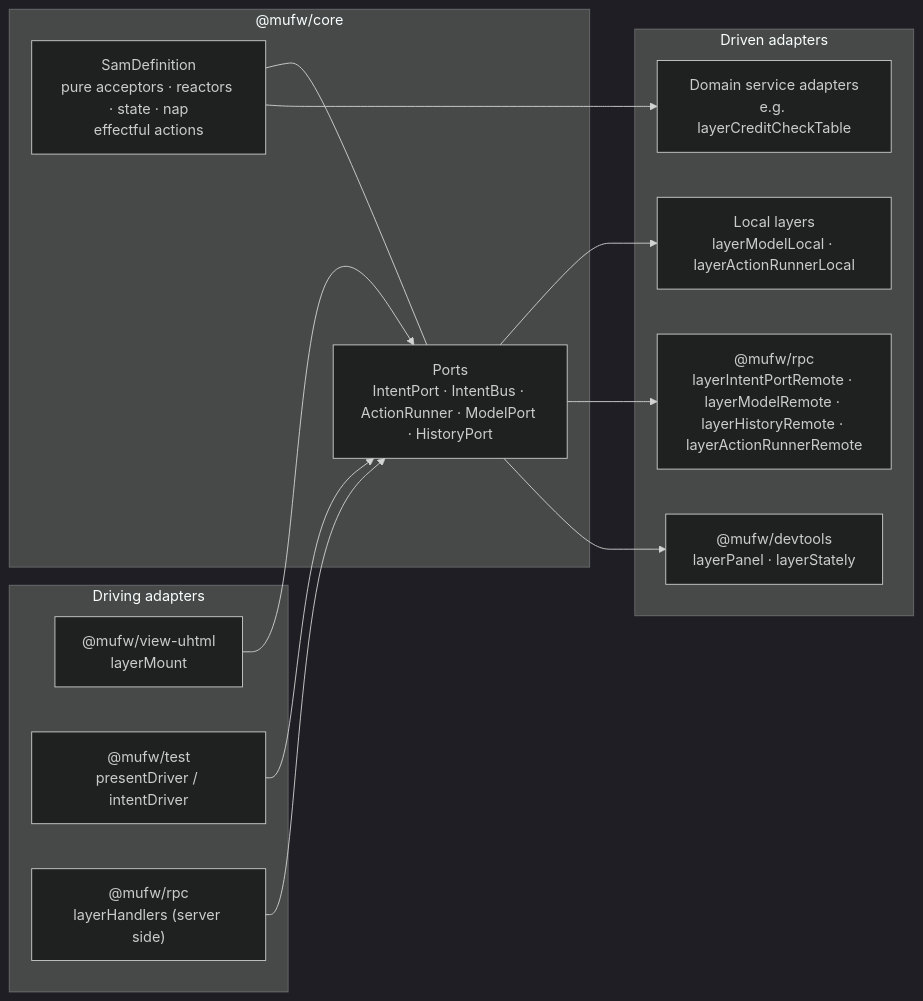
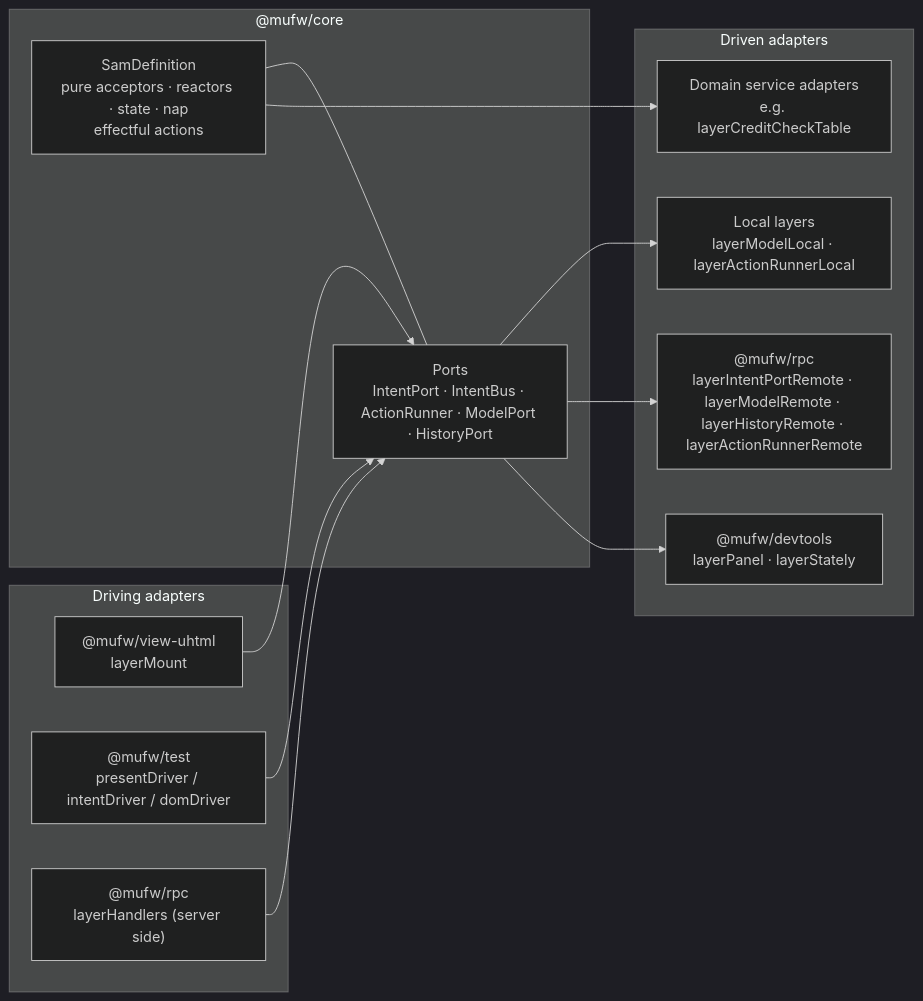
The first of 2 diagrams in docs/ARCHITECTURE.md (Trebh/microfw), drawn with Mermaid (dark theme) before and after one commit. The commit also changed 18 other files, not shown here.

First line of the commit message:
Add a DOM driver to @mufw/test and reorient the roadmap

````diff
--- a/docs/ARCHITECTURE.md
+++ b/docs/ARCHITECTURE.md
@@ -14,26 +14,26 @@
 ```mermaid
 flowchart LR
   subgraph Driving adapters
     View["@mufw/view-uhtml<br/>layerMount"]
-    Drivers["@mufw/test<br/>presentDriver / intentDriver"]
+    Drivers["@mufw/test<br/>presentDriver / intentDriver / domDriver"]
     Handlers["@mufw/rpc<br/>layerHandlers (server side)"]
   end
   subgraph Core["@mufw/core"]
     Def["SamDefinition<br/>pure acceptors · reactors · state · nap<br/>effectful actions"]
     Ports["Ports<br/>IntentPort · IntentBus · ActionRunner · ModelPort · HistoryPort"]
     Def --- Ports
   end
   subgraph Driven adapters
     Local["Local layers<br/>layerModelLocal · layerActionRunnerLocal"]
     Remote["@mufw/rpc<br/>layerIntentPortRemote · layerModelRemote · layerHistoryRemote · layerActionRunnerRemote"]
     Domain["Domain service adapters<br/>e.g. layerCreditCheckTable"]
     Devtools["@mufw/devtools<br/>layerPanel · layerStately"]
   end
   View --> Ports
   Drivers --> Ports
   Handlers --> Ports
   Ports --> Local
   Ports --> Remote
   Def --> Domain
   Ports --> Devtools
 ```
````
